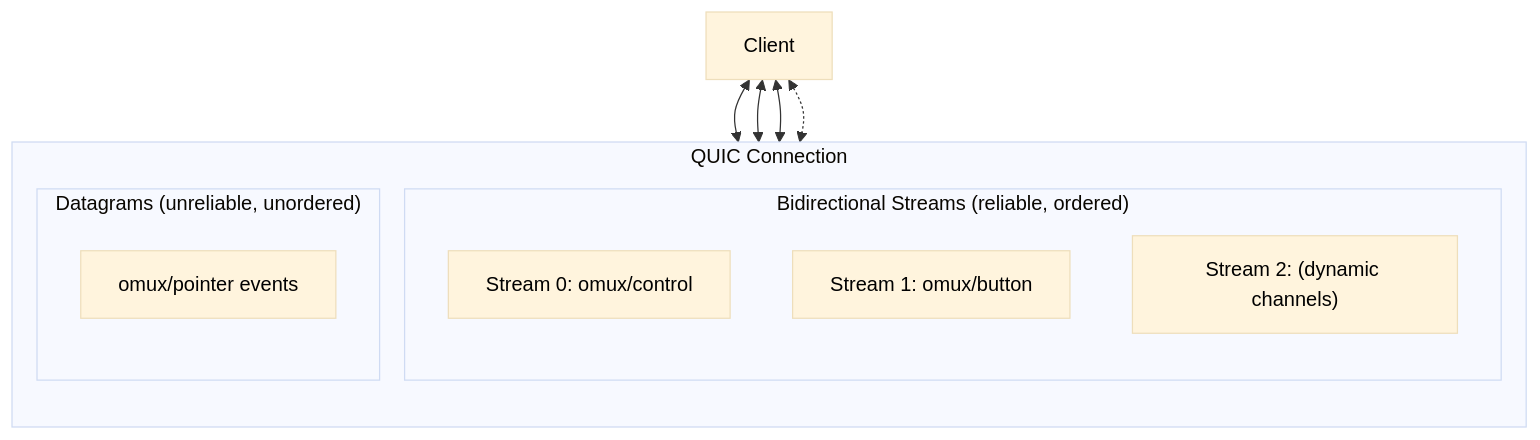
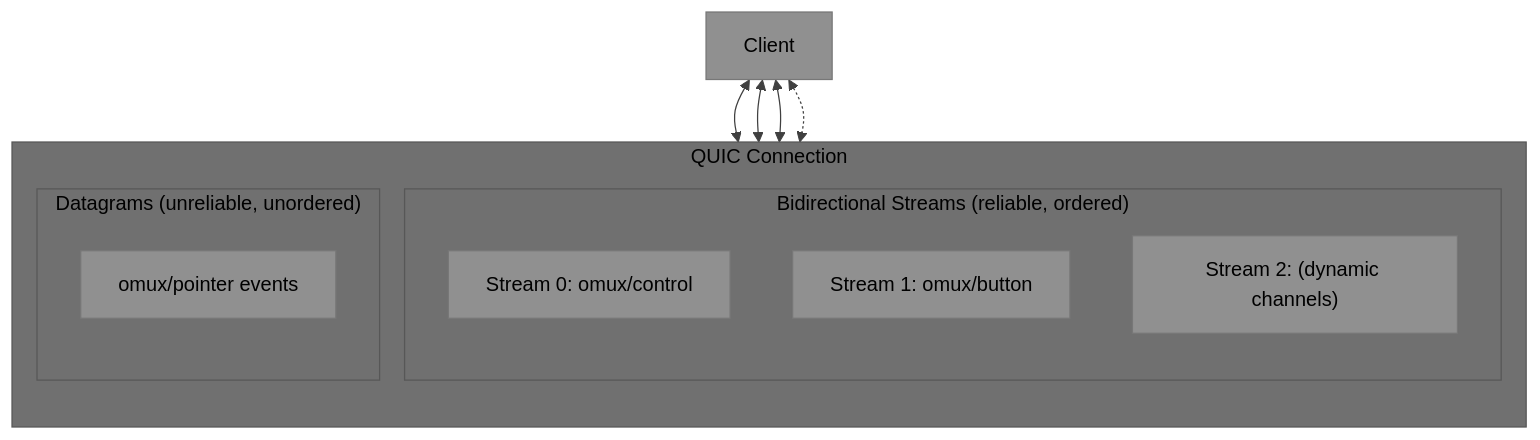
Before and after one commit to deftai/xumux: the third of 11 diagrams in docs/xumux-on-quic.md, drawn with Mermaid. The commit also changed other lines of this file and 5 other files, not shown here.

Commit message:
docs: apply grayscale theme to all docs/ mermaid diagrams

````diff
--- a/docs/xumux-on-quic.md
+++ b/docs/xumux-on-quic.md
@@ -66,22 +66,22 @@
 ```mermaid
-%%{init: {'theme': 'base', 'themeVariables': {'primaryTextColor': '#000', 'lineColor': '#333', 'noteBkgColor': '#e8e8e8'}}}%%
+%%{init: {'theme': 'base', 'themeVariables': {'primaryTextColor': '#000000', 'secondaryTextColor': '#000000', 'tertiaryTextColor': '#000000', 'noteTextColor': '#000000', 'primaryColor': '#909090', 'secondaryColor': '#808080', 'tertiaryColor': '#707070', 'lineColor': '#404040'}}}%%
 graph TB
     subgraph "QUIC Connection"
         direction TB
 
         subgraph "Bidirectional Streams (reliable, ordered)"
             S0["Stream 0: omux/control"]
             S1["Stream 1: omux/button"]
             S2["Stream 2: (dynamic channels)"]
         end
 
         subgraph "Datagrams (unreliable, unordered)"
             D1["omux/pointer events"]
         end
     end
 
     C["Client"] <--> S0
     C <--> S1
     C <--> S2
     C <-.-> D1
 ```
````
